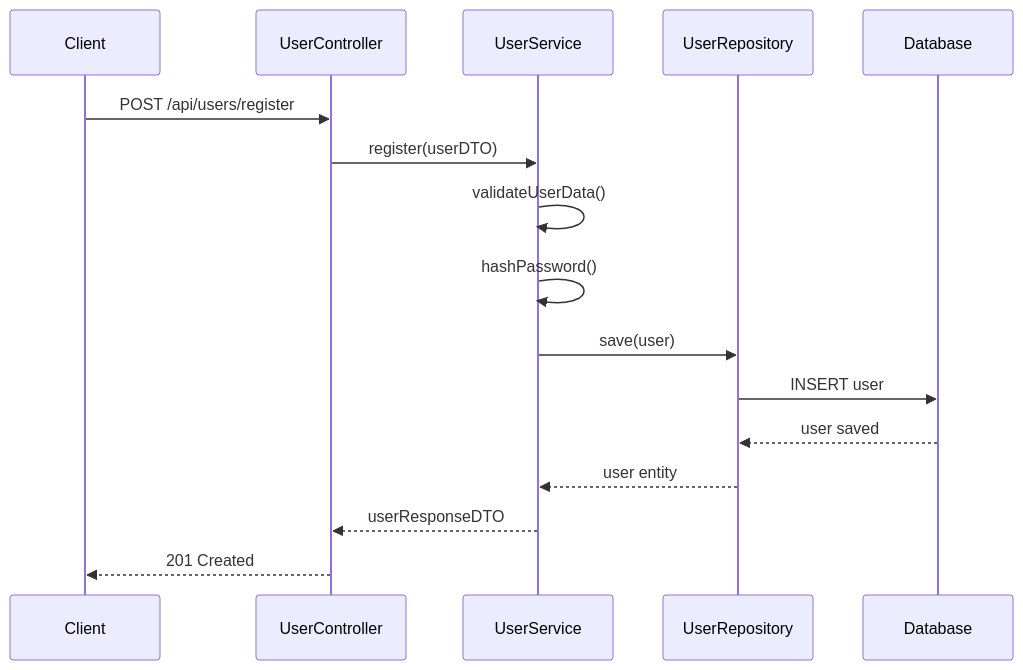
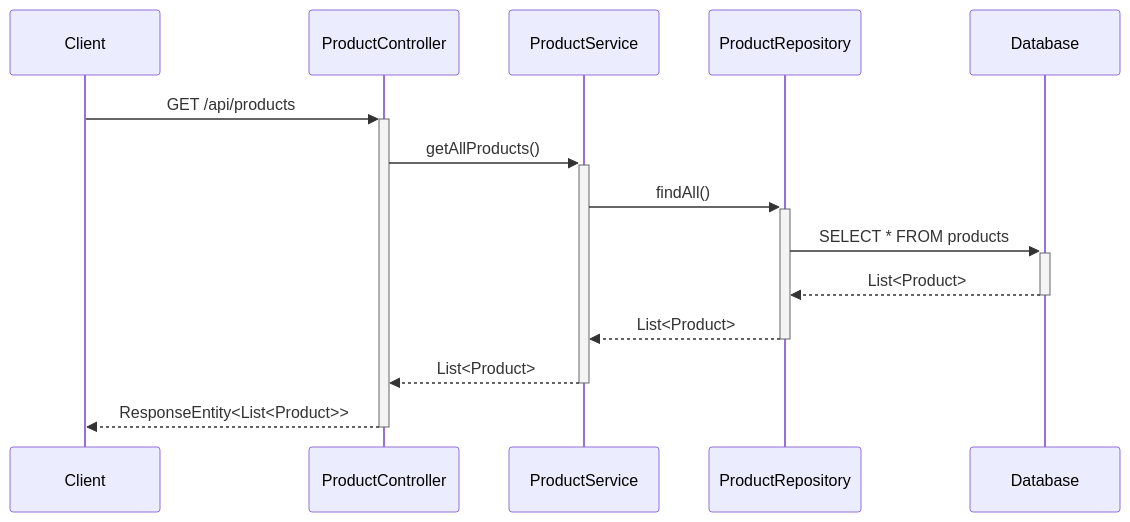
The third of 13 diagrams in docs/LLD/modified_lld.md (NavneetBN47/aava-ecom-demo), drawn with Mermaid before and after one commit. The commit also changed other lines of this file, not shown here.

````diff
--- a/docs/LLD/modified_lld.md
+++ b/docs/LLD/modified_lld.md
@@ -306,19 +217,17 @@
 ```mermaid
 sequenceDiagram
     participant Client
-    participant UserController
-    participant UserService
-    participant UserRepository
+    participant ProductController
+    participant ProductService
+    participant ProductRepository
     participant Database
-
-    Client->>UserController: POST /api/users/register
-    UserController->>UserService: register(userDTO)
-    UserService->>UserService: validateUserData()
-    UserService->>UserService: hashPassword()
-    UserService->>UserRepository: save(user)
-    UserRepository->>Database: INSERT user
-    Database-->>UserRepository: user saved
-    UserRepository-->>UserService: user entity
-    UserService-->>UserController: userResponseDTO
-    UserController-->>Client: 201 Created
+    
+    Client->>+ProductController: GET /api/products
+    ProductController->>+ProductService: getAllProducts()
+    ProductService->>+ProductRepository: findAll()
+    ProductRepository->>+Database: SELECT * FROM products
+    Database-->>-ProductRepository: List<Product>
+    ProductRepository-->>-ProductService: List<Product>
+    ProductService-->>-ProductController: List<Product>
+    ProductController-->>-Client: ResponseEntity<List<Product>>
 ```
````
